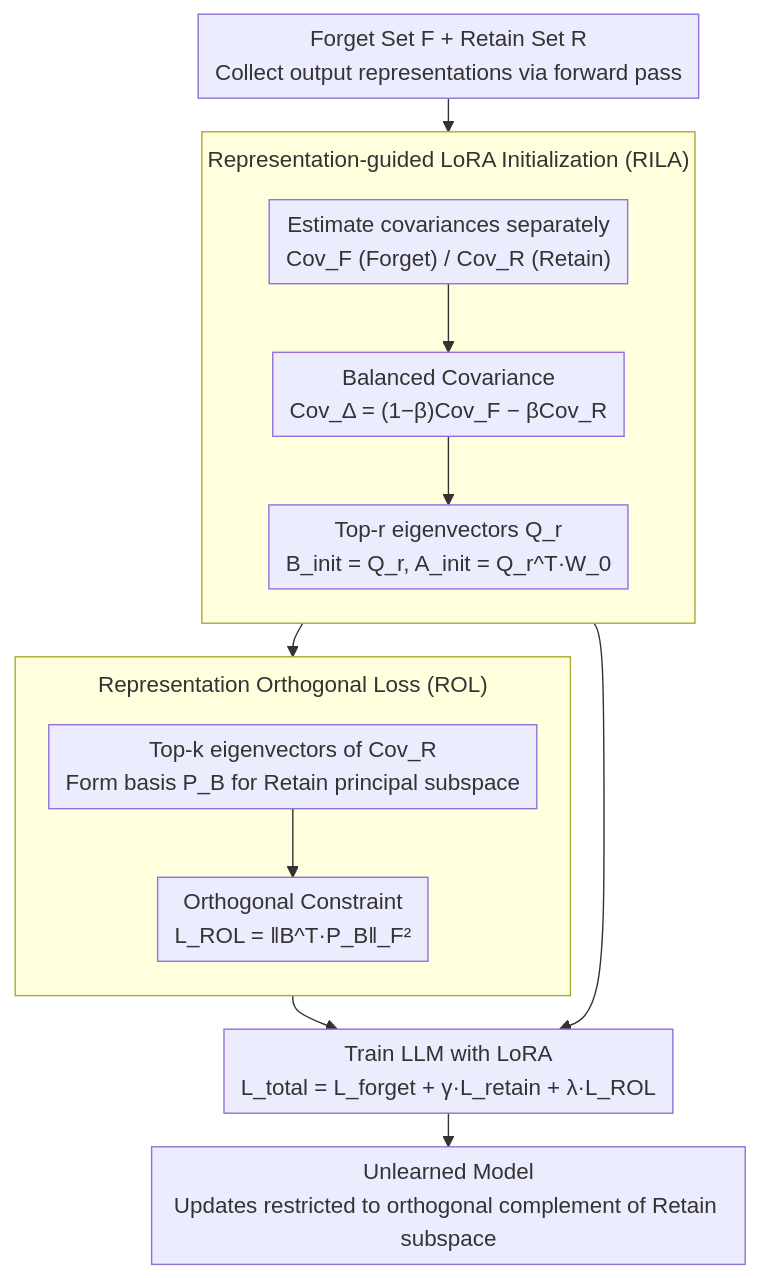
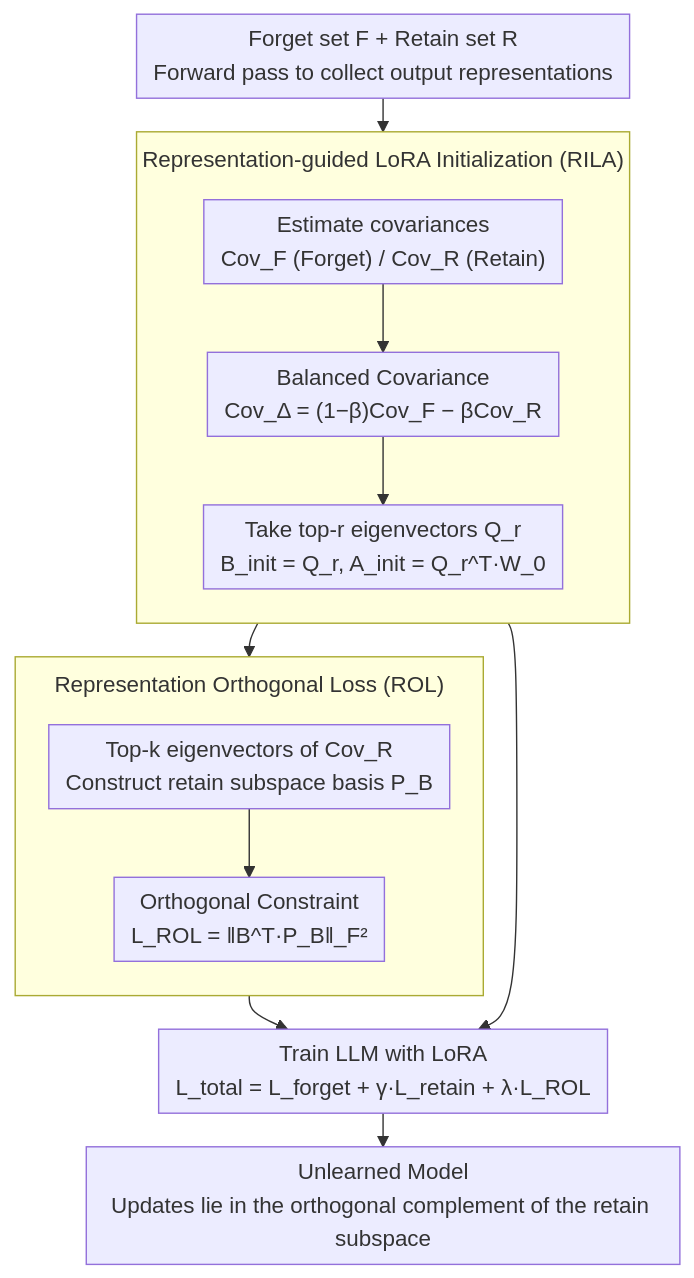
The diagram in docs/ACL2026/llm_safety/representation-guided_parameter-efficient_llm_unlearning.md (zhaoyang97/Paper-Notes-en), drawn with Mermaid before and after one commit. The commit also changed other lines of this file and 5084 other files, not shown here.

````diff
--- a/docs/ACL2026/llm_safety/representation-guided_parameter-efficient_llm_unlearning.md
+++ b/docs/ACL2026/llm_safety/representation-guided_parameter-efficient_llm_unlearning.md
@@ -44,18 +44,18 @@
 ```mermaid
 %%{init: {'flowchart': {'rankSpacing': 24, 'nodeSpacing': 28, 'padding': 6, 'wrappingWidth': 400, 'subGraphTitleMargin': {'top': 8, 'bottom': 16}}}}%%
 flowchart TD
-    A["Forget Set F + Retain Set R<br/>Collect output representations via forward pass"] --> B["Estimate covariances separately<br/>Cov_F (Forget) / Cov_R (Retain)"]
+    A["Forget set F + Retain set R<br/>Forward pass to collect output representations"] --> B["Estimate covariances<br/>Cov_F (Forget) / Cov_R (Retain)"]
     subgraph RILA["Representation-guided LoRA Initialization (RILA)"]
         direction TB
         B --> C["Balanced Covariance<br/>Cov_Δ = (1−β)Cov_F − βCov_R"]
-        C --> D["Top-r eigenvectors Q_r<br/>B_init = Q_r, A_init = Q_r^T·W_0"]
+        C --> D["Take top-r eigenvectors Q_r<br/>B_init = Q_r, A_init = Q_r^T·W_0"]
     end
     subgraph ROL["Representation Orthogonal Loss (ROL)"]
         direction TB
-        E["Top-k eigenvectors of Cov_R<br/>Form basis P_B for Retain principal subspace"] --> F["Orthogonal Constraint<br/>L_ROL = ‖B^T·P_B‖_F²"]
+        E["Top-k eigenvectors of Cov_R<br/>Construct retain subspace basis P_B"] --> F["Orthogonal Constraint<br/>L_ROL = ‖B^T·P_B‖_F²"]
     end
     B --> E
     D --> G["Train LLM with LoRA<br/>L_total = L_forget + γ·L_retain + λ·L_ROL"]
     F --> G
-    G --> H["Unlearned Model<br/>Updates restricted to orthogonal complement of Retain subspace"]
+    G --> H["Unlearned Model<br/>Updates lie in the orthogonal complement of the retain subspace"]
 ```
````
